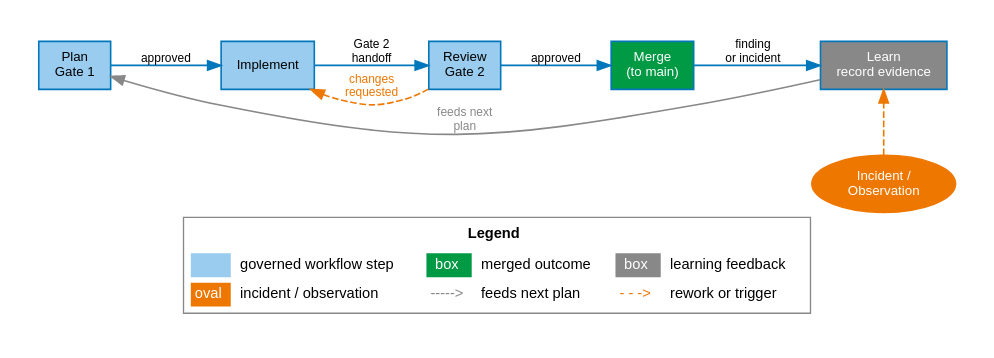
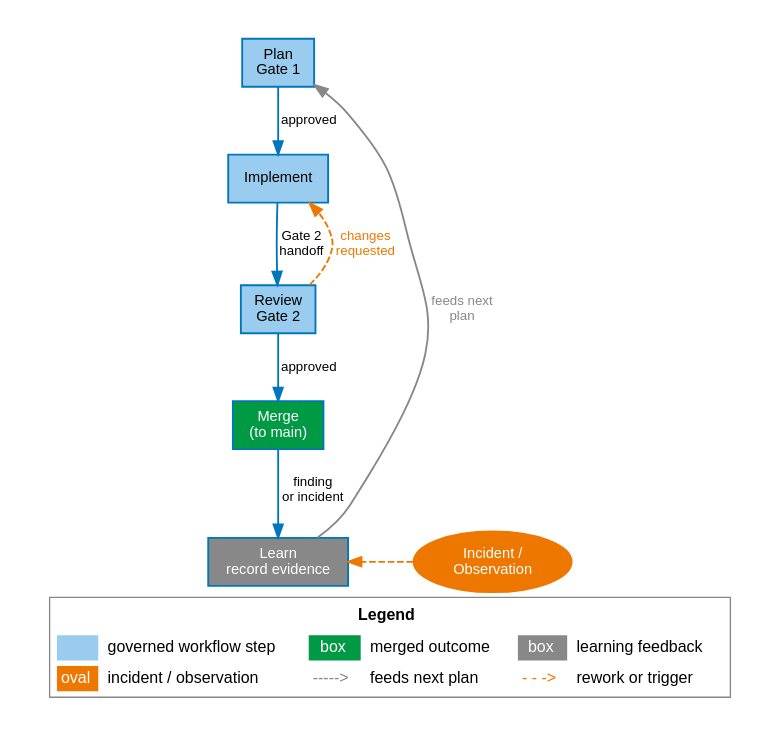
One commit to janipaijanen/agf-mirror changed the diagram in agf/docs/figures/src/governance-loop.dot. Above: the diagram before and after it, drawn with Graphviz. The commit also changed 32 other files, not shown here.

Commit message:
docs: normalize figure readability standards

```diff
--- a/agf/docs/figures/src/governance-loop.dot
+++ b/agf/docs/figures/src/governance-loop.dot
@@ -1,45 +1,45 @@
 // SPDX-License-Identifier: CC-BY-SA-4.0
 // agents-govern: self-applied governance loop
 // Generate: dot -Tsvg governance-loop.dot -o ../governance-loop.svg
 digraph governance_loop {
-    graph [rankdir=LR, splines=spline, pad=0.3, nodesep=0.35, ranksep=0.55,
-           fontname="Helvetica", fontsize=11, labelloc=b, label=<
+    graph [rankdir=TB, splines=spline, pad=0.3, nodesep=0.35, ranksep=0.55,
+           bgcolor=white, fontname="Helvetica", fontsize=12, labelloc=b, label=<
         <TABLE BORDER="1" CELLBORDER="0" CELLSPACING="4" CELLPADDING="3" COLOR="#888888" BGCOLOR="white">
             <TR><TD COLSPAN="6"><B>Legend</B></TD></TR>
             <TR>
                 <TD BGCOLOR="#99CCEE" WIDTH="28"></TD><TD ALIGN="LEFT">governed workflow step</TD>
                 <TD BGCOLOR="#009944" WIDTH="28"><FONT COLOR="white">box</FONT></TD><TD ALIGN="LEFT">merged outcome</TD>
                 <TD BGCOLOR="#888888" WIDTH="28"><FONT COLOR="white">box</FONT></TD><TD ALIGN="LEFT">learning feedback</TD>
             </TR>
             <TR>
                 <TD BGCOLOR="#EE7700" WIDTH="28"><FONT COLOR="white">oval</FONT></TD><TD ALIGN="LEFT">incident / observation</TD>
                 <TD><FONT COLOR="#888888">-----&gt;</FONT></TD><TD ALIGN="LEFT">feeds next plan</TD>
                 <TD><FONT COLOR="#EE7700">- - -&gt;</FONT></TD><TD ALIGN="LEFT">rework or trigger</TD>
             </TR>
         </TABLE>
     >]
-    node  [fontname="Helvetica", fontsize=10, style=filled, shape=box,
-           fillcolor="#99CCEE", color="#0077BB", penwidth=1.2]
-    edge  [fontname="Helvetica", fontsize=9, color="#0077BB", penwidth=1.2]
+    node  [fontname="Helvetica", fontsize=11, style=filled, shape=box,
+           fillcolor="#99CCEE", color="#0077BB", penwidth=1.4]
+    edge  [fontname="Helvetica", fontsize=10, color="#0077BB", penwidth=1.4]
 
     plan     [label="Plan\nGate 1", fillcolor="#99CCEE"]
     implement [label="Implement"]
     review   [label="Review\nGate 2", fillcolor="#99CCEE"]
     merge    [label="Merge\n(to main)", fillcolor="#009944", fontcolor=white]
     learn    [label="Learn\nrecord evidence", fillcolor="#888888", fontcolor=white]
     incident [label="Incident /\nObservation", shape=ellipse, fillcolor="#EE7700",
               fontcolor=white, color="#EE7700"]
 
     plan     -> implement [label="approved"]
     implement -> review   [label="Gate 2\nhandoff"]
     review   -> merge     [label="approved"]
     review   -> implement [label="changes\nrequested", style=dashed,
                            color="#EE7700", fontcolor="#EE7700",
                            constraint=false]
     merge    -> learn     [label="finding\nor incident"]
     incident -> learn     [style=dashed, color="#EE7700", constraint=false]
     learn    -> plan      [label="feeds next\nplan", color="#888888",
                            fontcolor="#888888", constraint=false]
 
     { rank=same; incident; learn }
 }
```
